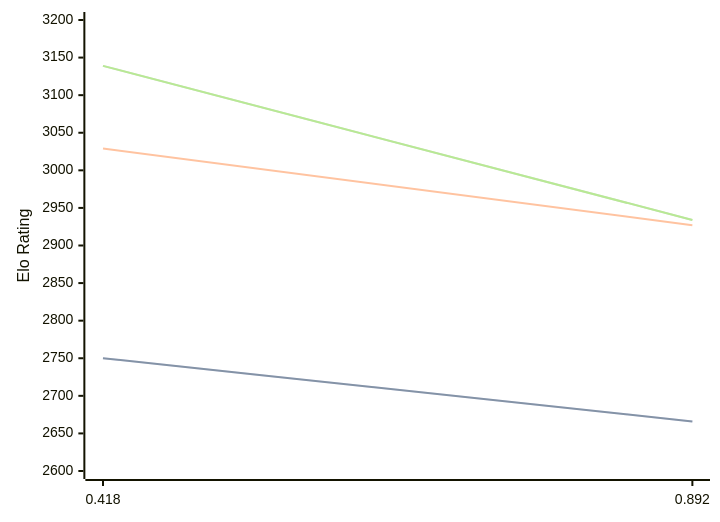
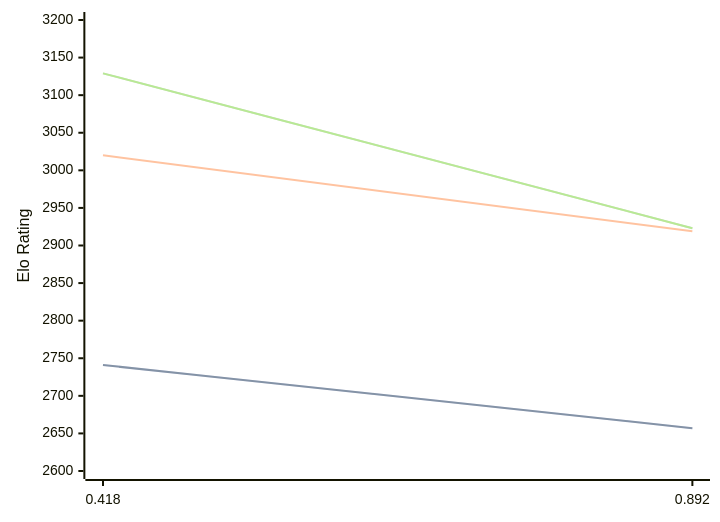
The diagram in engines/Malika.md (computer-chess-index/cci), drawn with Mermaid before and after one commit. The commit also changed other lines of this file, not shown here.

Commit message:
Update CCI Ratings (ELO VLTC) - 2026-03-19

````diff
--- a/engines/Malika.md
+++ b/engines/Malika.md
@@ -30,11 +30,11 @@
 ```mermaid
 %%{init: {"theme":"base","themeVariables":{"seriesColors:['#a3a3a3','#222221','#faa371']}}}%%
 xychart-beta
   x-axis ["0.418", "0.892"]
   y-axis "Elo Rating" 2600 --> 3200
-  line "STC (8.0+0.08s)" [2750, 2666]
-  line "STC (8.0+0.08s)" [2750, 2666]
-  line "LTC (60.0+0.60s)" [3029, 2927]
-  line "VLTC (2m24s+1.12s)" [3139, 2934]
-  line "VLTC (2m24s+1.12s)" [3139, 2934]
+  line "STC (8.0+0.08s)" [2741, 2657]
+  line "STC (8.0+0.08s)" [2741, 2657]
+  line "LTC (60.0+0.60s)" [3020, 2919]
+  line "VLTC (2m24s+1.12s)" [3129, 2923]
+  line "VLTC (2m24s+1.12s)" [3129, 2923]
 ```
````
